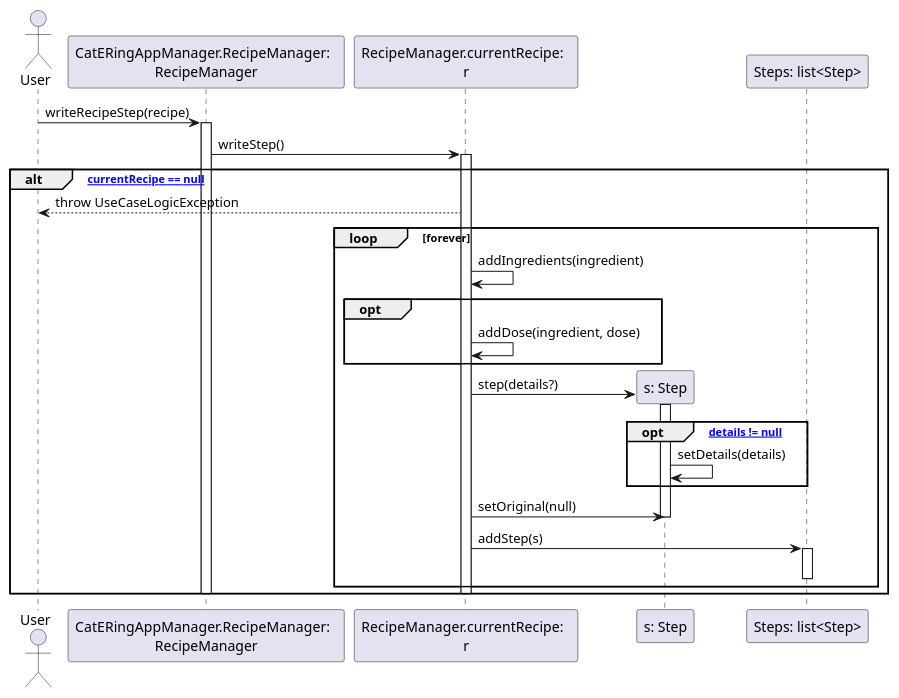
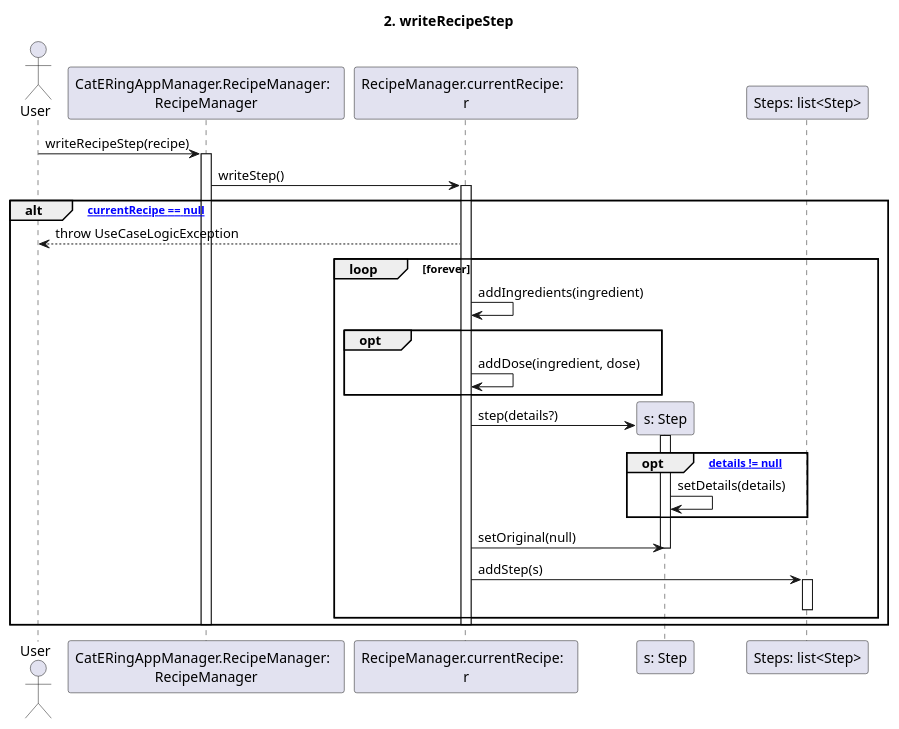
Before and after one commit to m0canu1/sas: the diagram in dsd/dsd-ricette/2-writeRecipeStep.md, drawn with PlantUML. The commit also changed 15 other files, not shown here.

````diff
--- a/dsd/dsd-ricette/2-writeRecipeStep.md
+++ b/dsd/dsd-ricette/2-writeRecipeStep.md
@@ -1,34 +1,36 @@
 ```plantuml
+
+title: 2. writeRecipeStep
 
 Actor User
 Participant "CatERingAppManager.RecipeManager:  \nRecipeManager" as RM
 Participant "RecipeManager.currentRecipe:  \nr" as CR
 
 User -> RM: writeRecipeStep(recipe)
 Activate RM
 RM -> CR: writeStep()
 activate CR
 alt ["currentRecipe == null"]
     CR --> User: throw UseCaseLogicException
     loop forever
         CR -> CR: addIngredients(ingredient)
         opt
             CR -> CR: addDose(ingredient, dose)
         end
         create "s: Step"
         CR -> "s: Step": step(details?)
         Activate "s: Step"
         opt ["details != null"]
             "s: Step" -> "s: Step": setDetails(details)
         end
         CR -> "s: Step": setOriginal(null)
         Deactivate "s: Step"
         CR -> "Steps: list<Step>": addStep(s)
         Activate "Steps: list<Step>"
         Deactivate "Steps: list<Step>"
     end
     deactivate CR
     Deactivate RM    
 end
 
 ```
````
